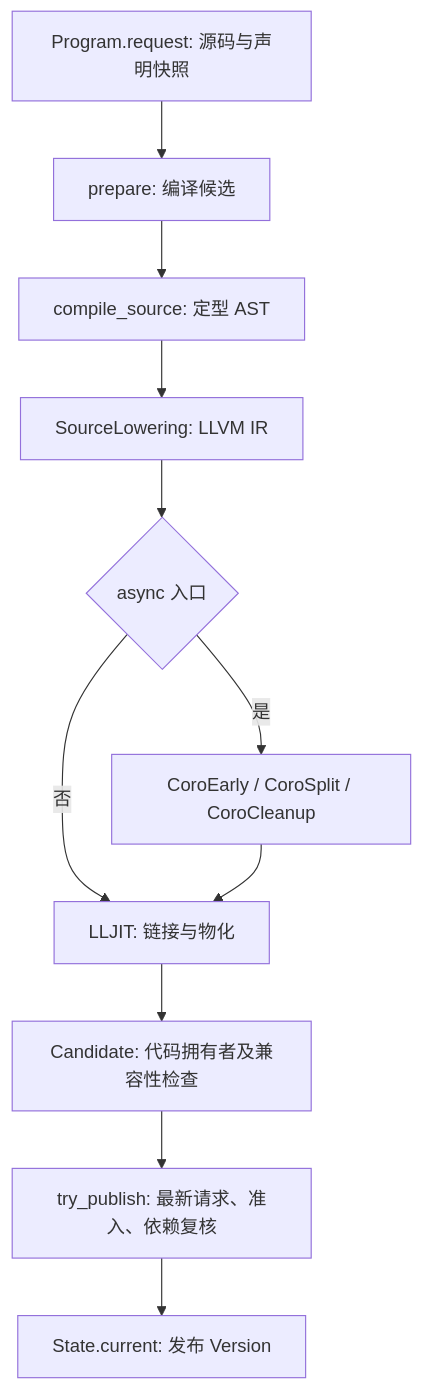
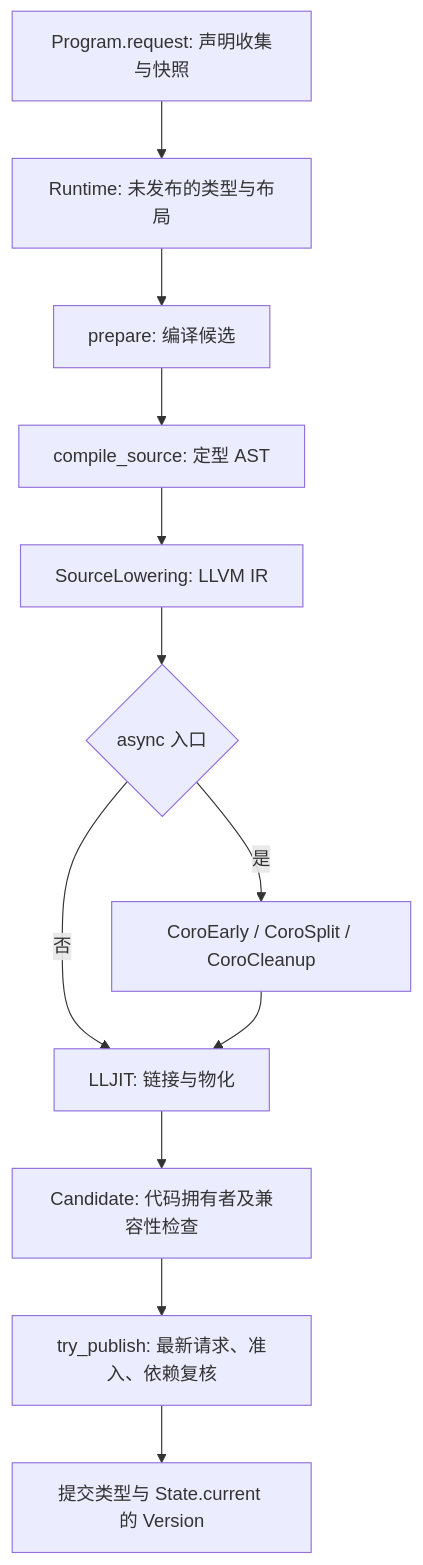
The diagram in docs/runtime-structure.md (ySion/FrostFoxAtelier), drawn with Mermaid before and after one commit. The commit also changed other lines of this file and 23 other files, not shown here.

````diff
--- a/docs/runtime-structure.md
+++ b/docs/runtime-structure.md
@@ -36,13 +36,14 @@
 ```mermaid
 flowchart TD
-    Request[Program.request: 源码与声明快照] --> Prepare[prepare: 编译候选]
+    Request[Program.request: 声明收集与快照] --> Types[Runtime: 未发布的类型与布局]
+    Types --> Prepare[prepare: 编译候选]
     Prepare --> Front[compile_source: 定型 AST]
     Front --> Lower[SourceLowering: LLVM IR]
     Lower --> Coro{async 入口}
     Coro -->|是| Split[CoroEarly / CoroSplit / CoroCleanup]
     Coro -->|否| JIT[LLJIT: 链接与物化]
     Split --> JIT
     JIT --> Candidate[Candidate: 代码拥有者及兼容性检查]
     Candidate --> Publish[try_publish: 最新请求、准入、依赖复核]
-    Publish --> Current[State.current: 发布 Version]
+    Publish --> Current[提交类型与 State.current 的 Version]
 ```
````
